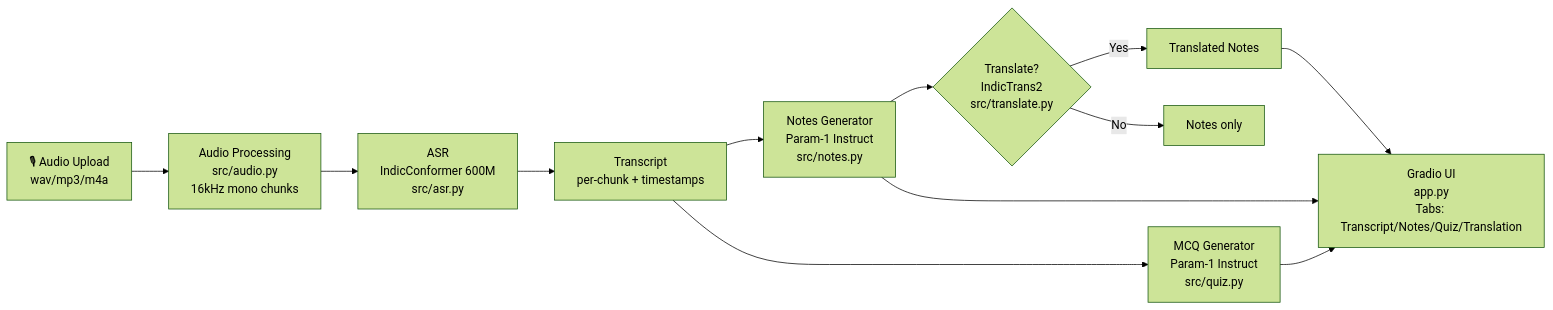
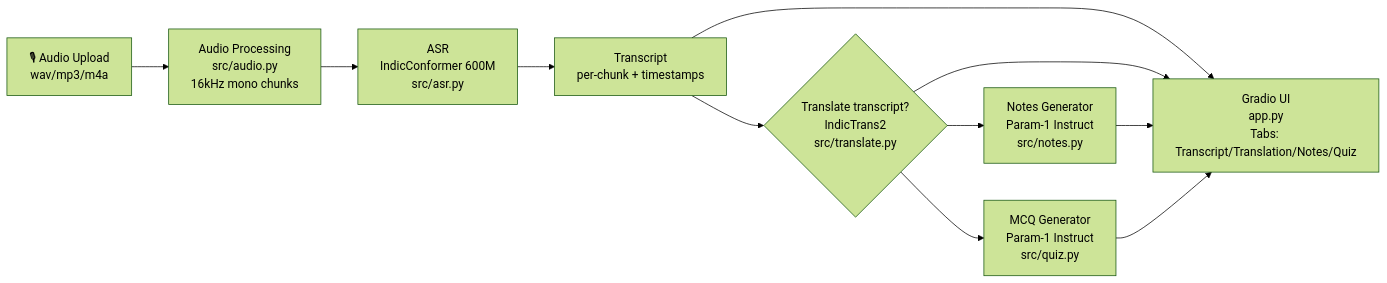
One commit to Arnidh/WWLLM_LabAssignment changed the diagram in lecture-notes-quiz/README.md. Above: the diagram before and after it, drawn with Mermaid (forest theme). The commit also changed other lines of this file and 26 other files, not shown here.

````diff
--- a/lecture-notes-quiz/README.md
+++ b/lecture-notes-quiz/README.md
@@ -16,12 +16,10 @@
 ```mermaid
 flowchart LR
     A[🎙 Audio Upload\nwav/mp3/m4a] --> B[Audio Processing\nsrc/audio.py\n16kHz mono chunks]
     B --> C[ASR\nIndicConformer 600M\nsrc/asr.py]
     C --> D[Transcript\nper-chunk + timestamps]
-    D --> E[Notes Generator\nParam-1 Instruct\nsrc/notes.py]
-    D --> F[MCQ Generator\nParam-1 Instruct\nsrc/quiz.py]
-    E --> G{Translate?\nIndicTrans2\nsrc/translate.py}
-    G -->|Yes| H[Translated Notes]
-    G -->|No| I[Notes only]
-    E & F & H --> J[Gradio UI\napp.py\nTabs: Transcript/Notes/Quiz/Translation]
+    D --> G{Translate transcript?\nIndicTrans2\nsrc/translate.py}
+    G --> H[Notes Generator\nParam-1 Instruct\nsrc/notes.py]
+    G --> I[MCQ Generator\nParam-1 Instruct\nsrc/quiz.py]
+    D & G & H & I --> J[Gradio UI\napp.py\nTabs: Transcript/Translation/Notes/Quiz]
 ```
````
